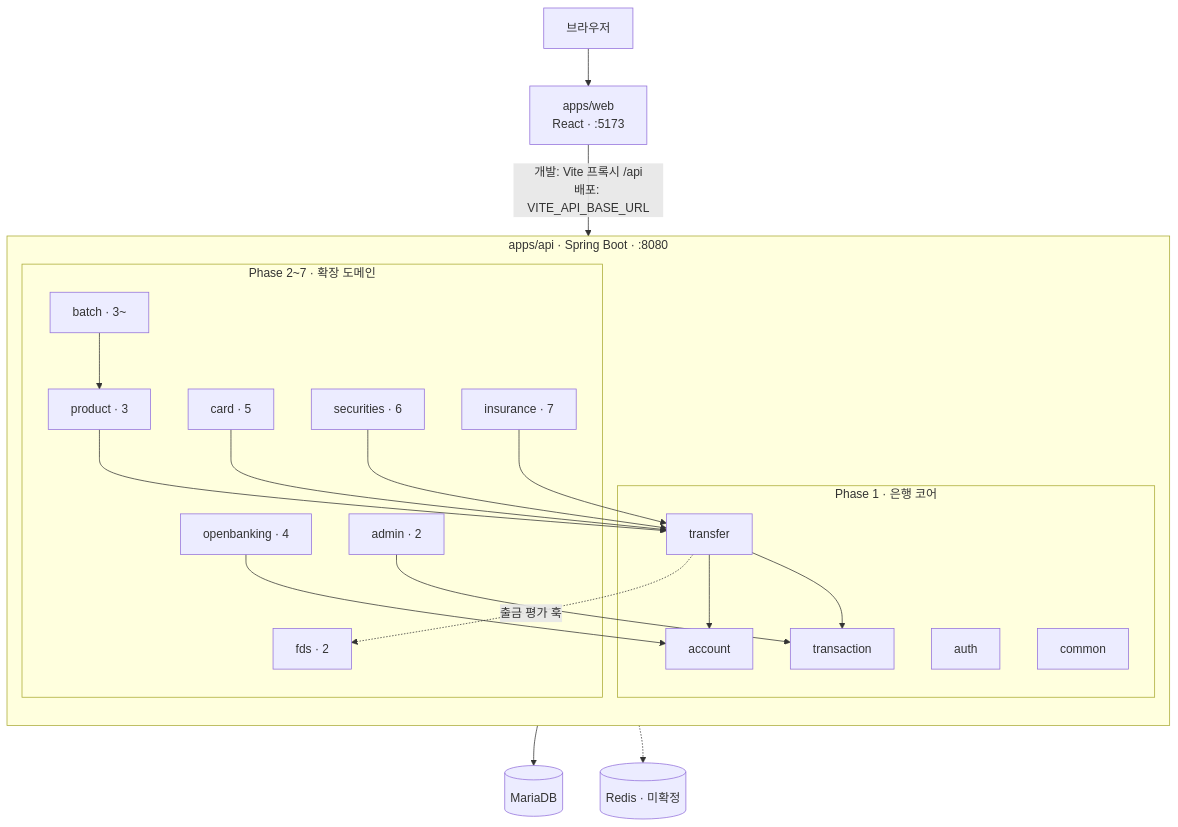
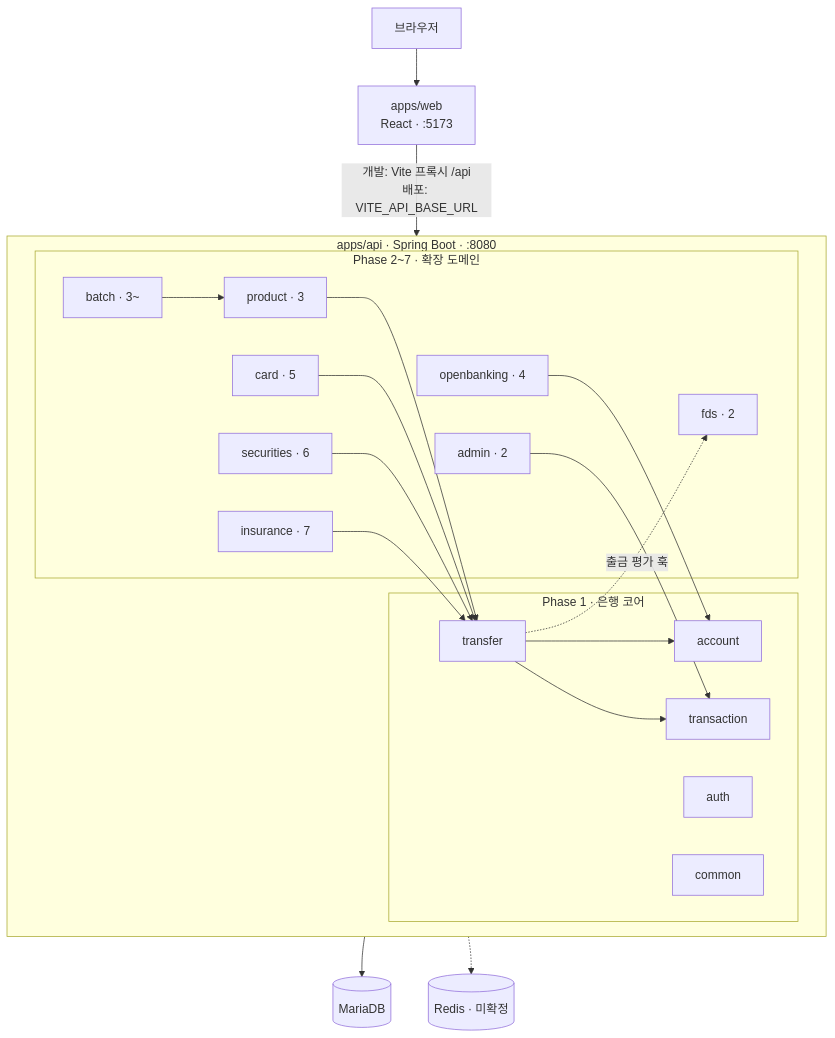
Before and after one commit to ShinhanDSProject/talking-bank: the diagram in docs/03-tech-stack.md, drawn with Mermaid.

Commit message:
docs: 03 아키텍처 다이어그램의 api 내부 배치를 LR로
코어와 확장 도메인 subgraph가 세로로 쌓이면서 확장 도메인 8개가 가로로
넓게 펼쳐졌다. api 내부를 LR로 바꿔 두 subgraph를 좌우에 둔다.

````diff
--- a/docs/03-tech-stack.md
+++ b/docs/03-tech-stack.md
@@ -41,36 +41,36 @@
 ```mermaid
 flowchart TB
     browser[브라우저] --> web["apps/web<br/>React · :5173"]
     web -->|"개발: Vite 프록시 /api<br/>배포: VITE_API_BASE_URL"| api
 
     subgraph api["apps/api · Spring Boot · :8080"]
-        direction TB
+        direction LR
         subgraph core["Phase 1 · 은행 코어"]
             auth[auth]
             common[common]
             transfer[transfer] --> account[account]
             transfer --> transaction[transaction]
         end
         subgraph ext["Phase 2~7 · 확장 도메인"]
             fds["fds · 2"]
             admin["admin · 2"]
             product["product · 3"]
             batch["batch · 3~"]
             openbanking["openbanking · 4"]
             card["card · 5"]
             securities["securities · 6"]
             insurance["insurance · 7"]
         end
         transfer -. 출금 평가 훅 .-> fds
         product --> transfer
         card --> transfer
         securities --> transfer
         insurance --> transfer
         openbanking --> account
         admin --> transaction
         batch --> product
     end
 
     api --> db[(MariaDB)]
     api -.-> redis[(Redis · 미확정)]
 ```
````
